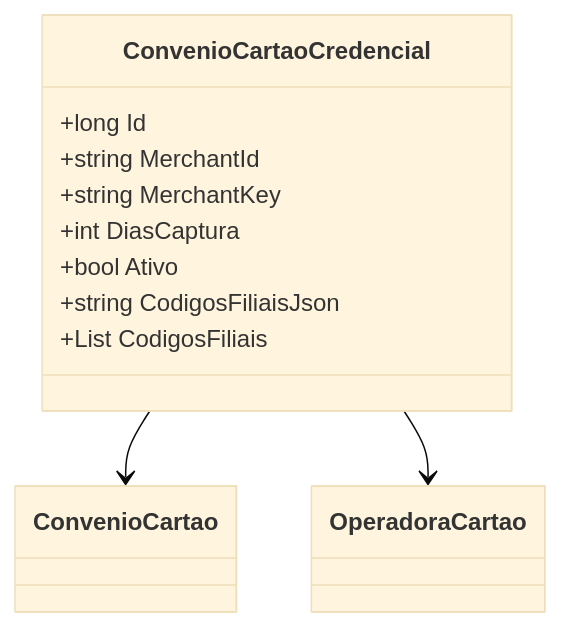
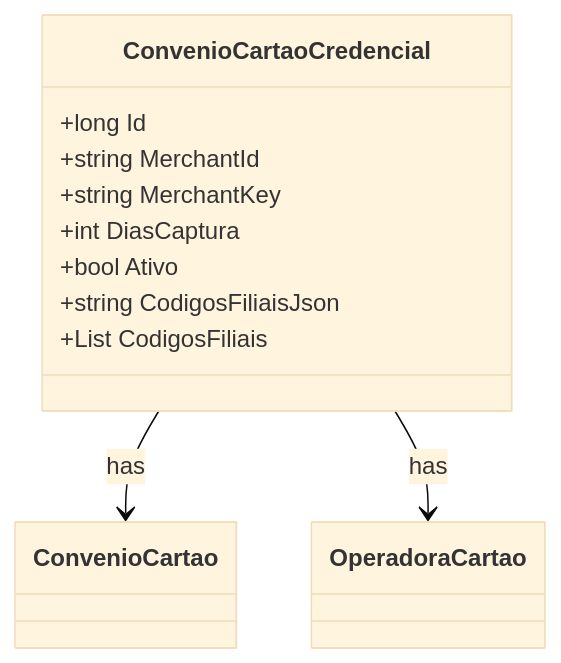
One commit to IsthmusSistemas/documentacao-tecnica changed the second of 2 diagrams in docs/b2b-dominio/IsthmusWinthor.Nucleo/IsthmusWinthor.Dominio/Entidades/ConvenioCartaoCredencial.md. Above: the diagram before and after it, drawn with Mermaid (base theme). The commit also changed other lines of this file and 882 other files, not shown here.

````diff
--- a/docs/b2b-dominio/IsthmusWinthor.Nucleo/IsthmusWinthor.Dominio/Entidades/ConvenioCartaoCredencial.md
+++ b/docs/b2b-dominio/IsthmusWinthor.Nucleo/IsthmusWinthor.Dominio/Entidades/ConvenioCartaoCredencial.md
@@ -39,18 +41,21 @@
 ```mermaid
 classDiagram
     class ConvenioCartaoCredencial {
         +long Id
         +string MerchantId
         +string MerchantKey
         +int DiasCaptura
         +bool Ativo
         +string CodigosFiliaisJson
         +List<string> CodigosFiliais
     }
+    
+    class ConvenioCartao {
+    }
 
-    class ConvenioCartao
-    class OperadoraCartao
-
-    ConvenioCartaoCredencial --> ConvenioCartao
-    ConvenioCartaoCredencial --> OperadoraCartao
+    class OperadoraCartao {
+    }
+    
+    ConvenioCartaoCredencial --> ConvenioCartao : has
+    ConvenioCartaoCredencial --> OperadoraCartao : has
 ```
````
